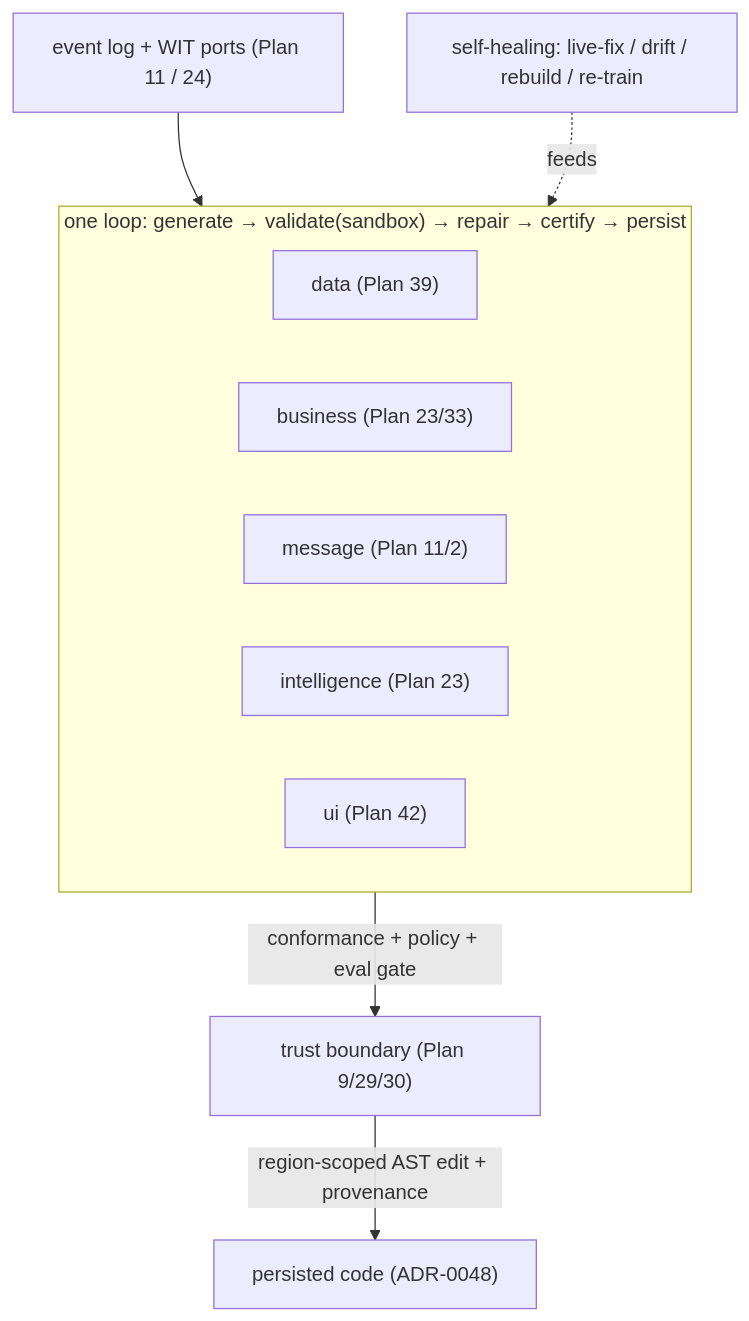
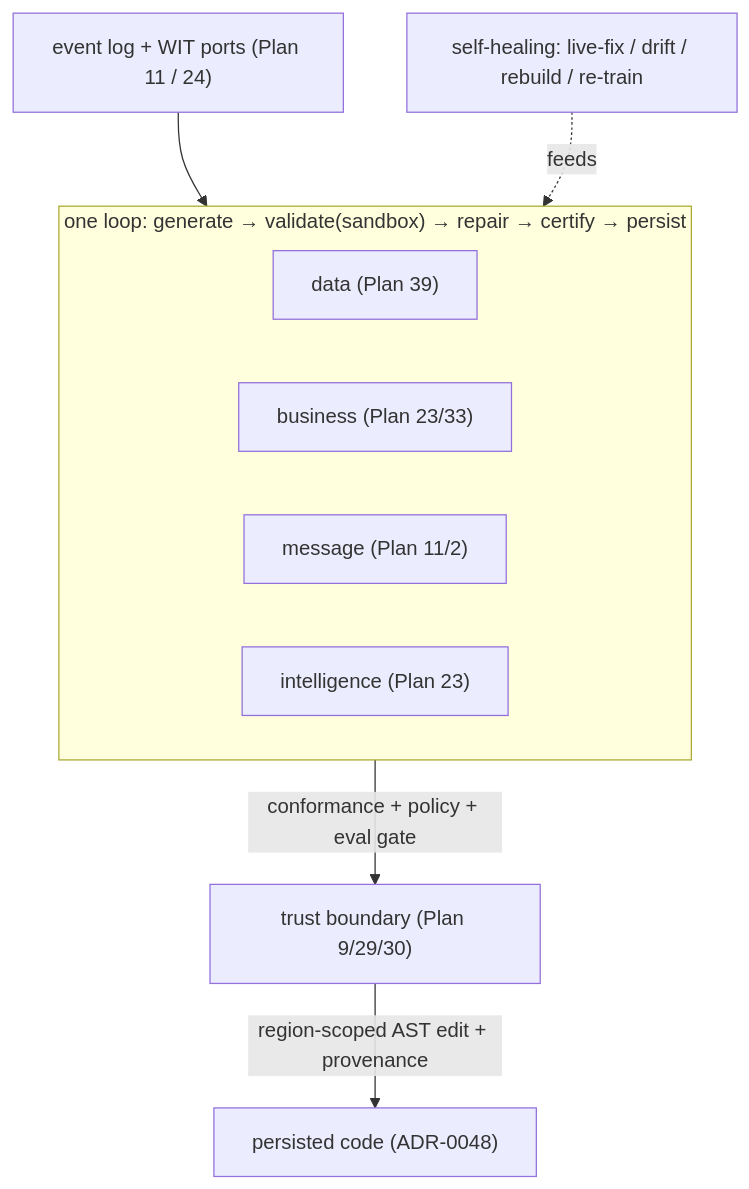
The diagram in docs/design/41-generated-stack.md (Tyler-R-Kendrick/HoBo), drawn with Mermaid before and after one commit. The commit also changed other lines of this file and 40 other files, not shown here.

````diff
--- a/docs/design/41-generated-stack.md
+++ b/docs/design/41-generated-stack.md
@@ -16,15 +15,14 @@
 ```mermaid
 flowchart TB
   LOG["event log + WIT ports (Plan 11 / 24)"]
   subgraph GEN["one loop: generate → validate(sandbox) → repair → certify → persist"]
     D["data (Plan 39)"]
     B["business (Plan 23/33)"]
     M["message (Plan 11/2)"]
     I["intelligence (Plan 23)"]
-    U["ui (Plan 42)"]
   end
   LOG --> GEN
   GEN -->|conformance + policy + eval gate| TB["trust boundary (Plan 9/29/30)"]
   TB -->|region-scoped AST edit + provenance| PERSIST["persisted code (ADR-0048)"]
   HEAL["self-healing: live-fix / drift / rebuild / re-train"] -.feeds.-> GEN
 ```
````
